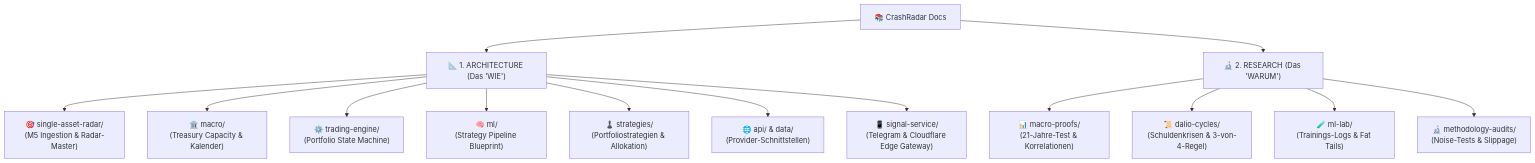
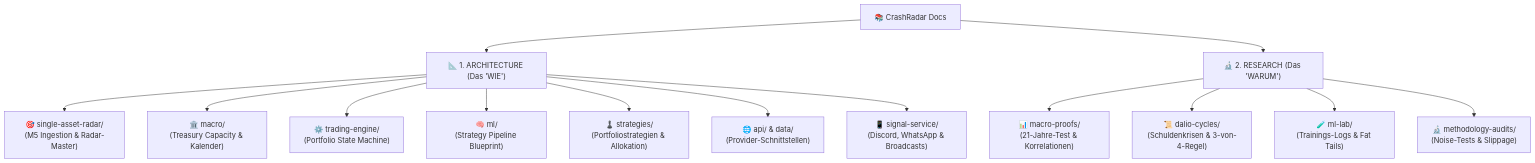
Before and after one commit to jahnhane1980/CrashRadar: the first of 2 diagrams in docs/README.md, drawn with Mermaid. The commit also changed other lines of this file and 5 other files, not shown here.

First line of the commit message:
docs(signals): migrate channel architecture from Telegram to Discord & WhatsApp

````diff
--- a/docs/README.md
+++ b/docs/README.md
@@ -10,20 +10,20 @@
 ```mermaid
 flowchart TD
     Index["📚 CrashRadar Docs"]
     
     Index --> Arch["📐 1. ARCHITECTURE (Das 'WIE')"]
     Index --> Res["🔬 2. RESEARCH (Das 'WARUM')"]
     
     Arch --> A1["🎯 single-asset-radar/<br>(M5 Ingestion & Radar-Master)"]
     Arch --> A2["🏛️ macro/<br>(Treasury Capacity & Kalender)"]
     Arch --> A3["⚙️ trading-engine/<br>(Portfolio State Machine)"]
     Arch --> A4["🧠 ml/<br>(Strategy Pipeline Blueprint)"]
     Arch --> A5["♟️ strategies/<br>(Portfoliostrategien & Allokation)"]
     Arch --> A6["🌐 api/ & data/<br>(Provider-Schnittstellen)"]
-    Arch --> A7["📱 signal-service/<br>(Telegram & Cloudflare Edge Gateway)"]
+    Arch --> A7["📱 signal-service/<br>(Discord, WhatsApp & Broadcasts)"]
     
     Res --> R1["📊 macro-proofs/<br>(21-Jahre-Test & Korrelationen)"]
     Res --> R2["📜 dalio-cycles/<br>(Schuldenkrisen & 3-von-4-Regel)"]
     Res --> R3["🧪 ml-lab/<br>(Trainings-Logs & Fat Tails)"]
     Res --> R4["🔬 methodology-audits/<br>(Noise-Tests & Slippage)"]
 ```
````
